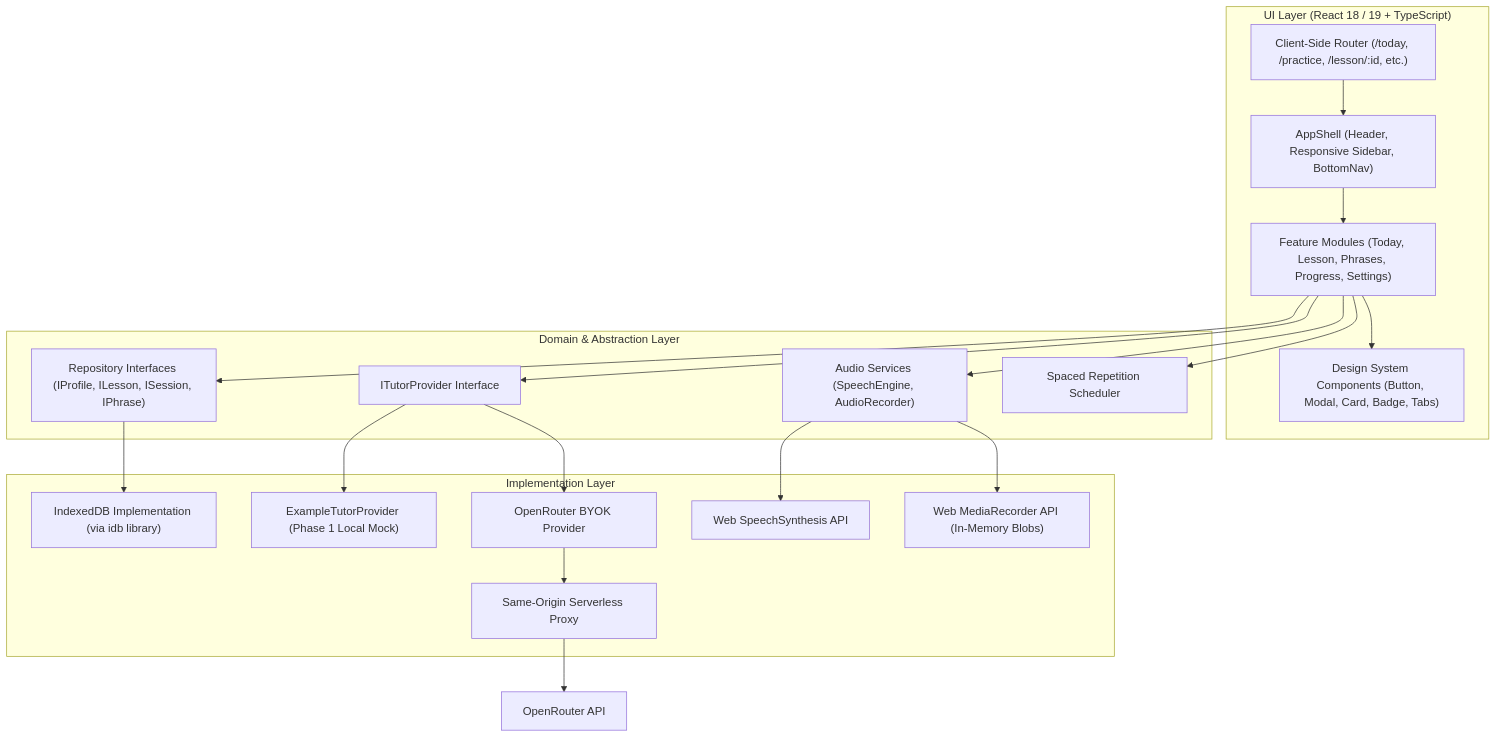
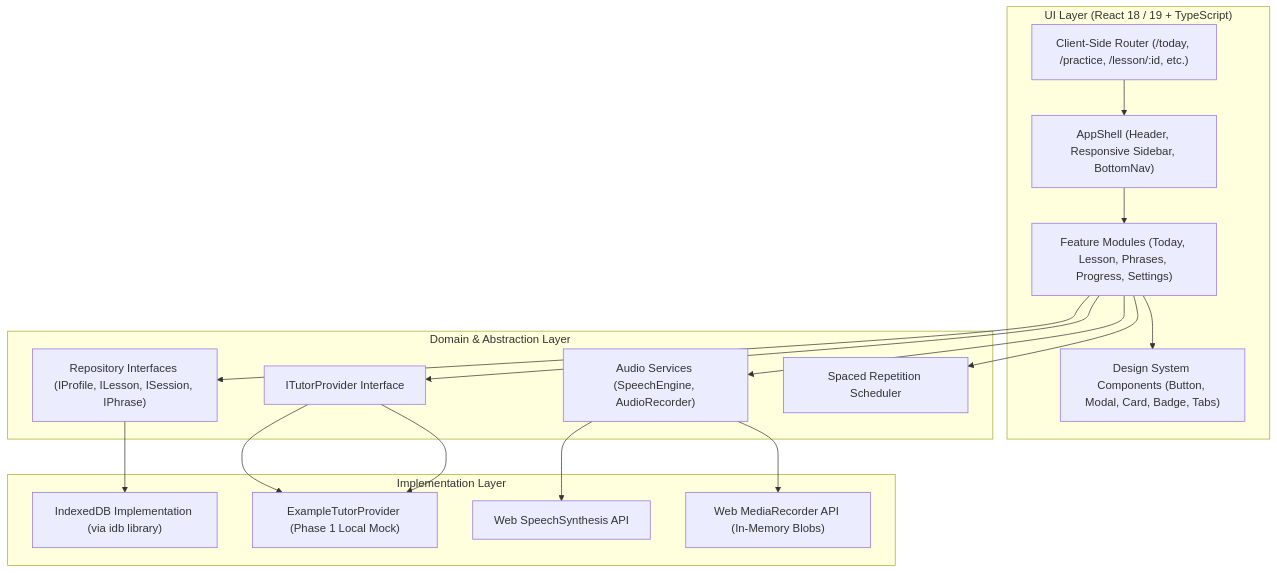
The diagram in docs/ARCHITECTURE.md (Sonthep/daily-english), drawn with Mermaid before and after one commit. The commit also changed other lines of this file and 39 other files, not shown here.

````diff
--- a/docs/ARCHITECTURE.md
+++ b/docs/ARCHITECTURE.md
@@ -7,41 +7,37 @@
 ```mermaid
 graph TD
     subgraph UI_Layer ["UI Layer (React 18 / 19 + TypeScript)"]
         Router["Client-Side Router (/today, /practice, /lesson/:id, etc.)"]
         Shell["AppShell (Header, Responsive Sidebar, BottomNav)"]
         Features["Feature Modules (Today, Lesson, Phrases, Progress, Settings)"]
         UI_Components["Design System Components (Button, Modal, Card, Badge, Tabs)"]
     end
 
     subgraph Domain_Abstraction ["Domain & Abstraction Layer"]
         Repo_Interfaces["Repository Interfaces (IProfile, ILesson, ISession, IPhrase)"]
         Tutor_Interface["ITutorProvider Interface"]
         Audio_Services["Audio Services (SpeechEngine, AudioRecorder)"]
         Review_Engine["Spaced Repetition Scheduler"]
     end
 
     subgraph Implementation_Layer ["Implementation Layer"]
         IDB_Impl["IndexedDB Implementation (via idb library)"]
         Example_Tutor["ExampleTutorProvider (Phase 1 Local Mock)"]
-        OpenRouter_Tutor["OpenRouter BYOK Provider"]
-        AI_Proxy["Same-Origin Serverless Proxy"]
         Web_Speech["Web SpeechSynthesis API"]
         Media_Recorder["Web MediaRecorder API (In-Memory Blobs)"]
     end
 
     Router --> Shell
     Shell --> Features
     Features --> UI_Components
     Features --> Repo_Interfaces
     Features --> Tutor_Interface
     Features --> Audio_Services
     Features --> Review_Engine
 
     Repo_Interfaces --> IDB_Impl
     Tutor_Interface --> Example_Tutor
-    Tutor_Interface --> OpenRouter_Tutor
-    OpenRouter_Tutor --> AI_Proxy
-    AI_Proxy --> OpenRouter["OpenRouter API"]
+    Tutor_Interface --> Example_Tutor
     Audio_Services --> Web_Speech
     Audio_Services --> Media_Recorder
 ```
````
